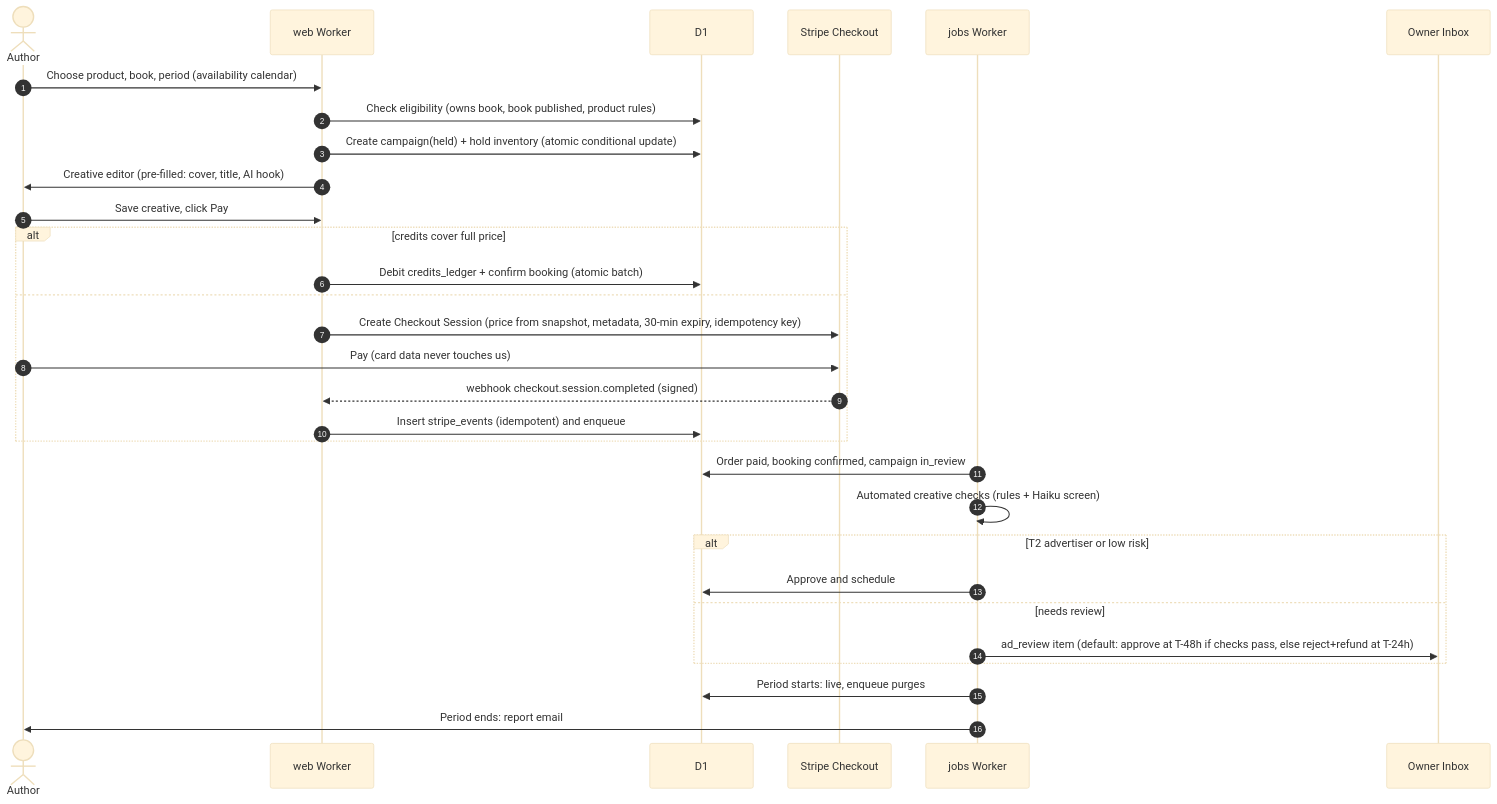
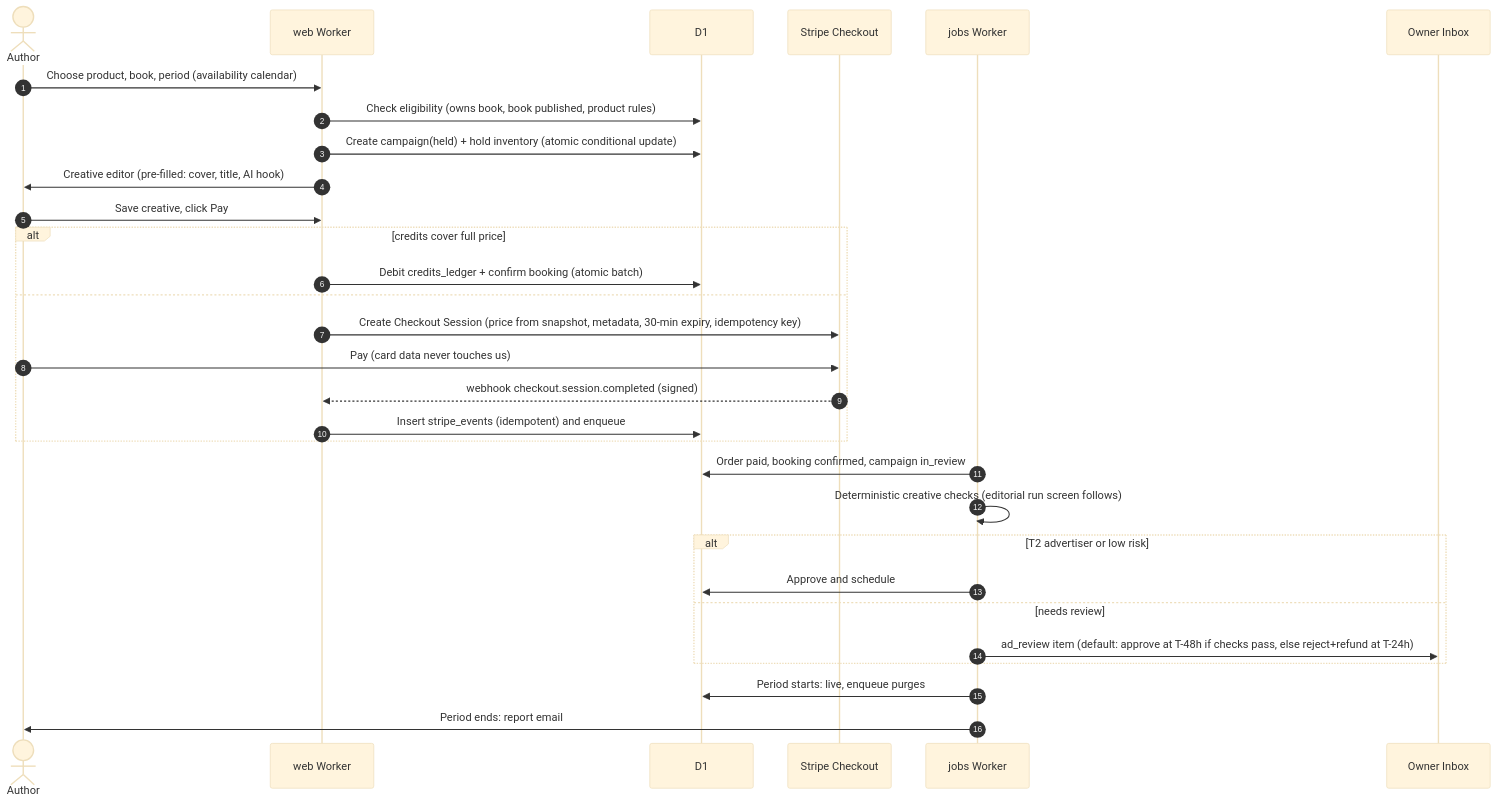
Before and after one commit to brocGit/readlitrpg.com: the third of 4 diagrams in docs/DESIGN.md, drawn with Mermaid (base theme). The commit also changed other lines of this file and 2 other files, not shown here.

````diff
--- a/docs/DESIGN.md
+++ b/docs/DESIGN.md
@@ -1557,33 +1600,33 @@
 ```mermaid
 sequenceDiagram
   autonumber
   actor Au as Author
   participant W as web Worker
   participant DB as D1
   participant S as Stripe Checkout
   participant J as jobs Worker
   participant O as Owner Inbox
 
   Au->>W: Choose product, book, period (availability calendar)
   W->>DB: Check eligibility (owns book, book published, product rules)
   W->>DB: Create campaign(held) + hold inventory (atomic conditional update)
   W->>Au: Creative editor (pre-filled: cover, title, AI hook)
   Au->>W: Save creative, click Pay
   alt credits cover full price
     W->>DB: Debit credits_ledger + confirm booking (atomic batch)
   else
     W->>S: Create Checkout Session (price from snapshot, metadata, 30-min expiry, idempotency key)
     Au->>S: Pay (card data never touches us)
     S-->>W: webhook checkout.session.completed (signed)
     W->>DB: Insert stripe_events (idempotent) and enqueue
   end
   J->>DB: Order paid, booking confirmed, campaign in_review
-  J->>J: Automated creative checks (rules + Haiku screen)
+  J->>J: Deterministic creative checks (editorial run screen follows)
   alt T2 advertiser or low risk
     J->>DB: Approve and schedule
   else needs review
     J->>O: ad_review item (default: approve at T-48h if checks pass, else reject+refund at T-24h)
   end
   J->>DB: Period starts: live, enqueue purges
   J->>Au: Period ends: report email
 ```
````
